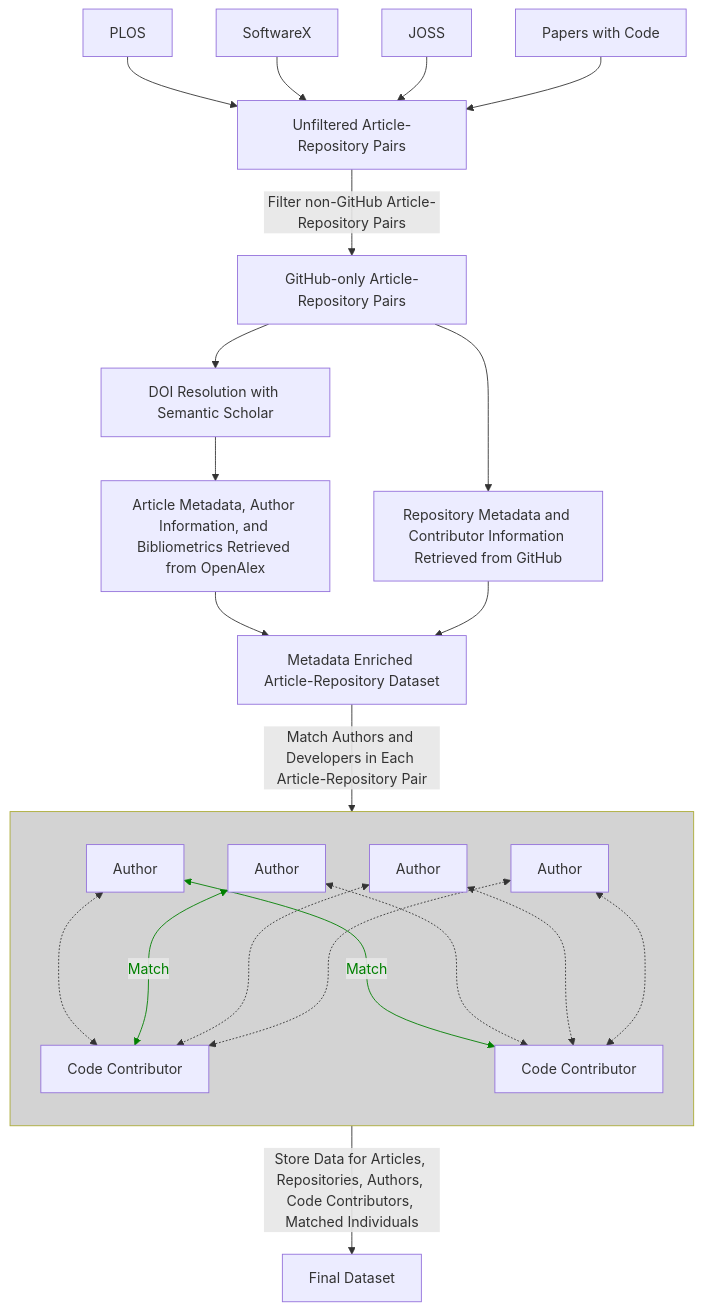
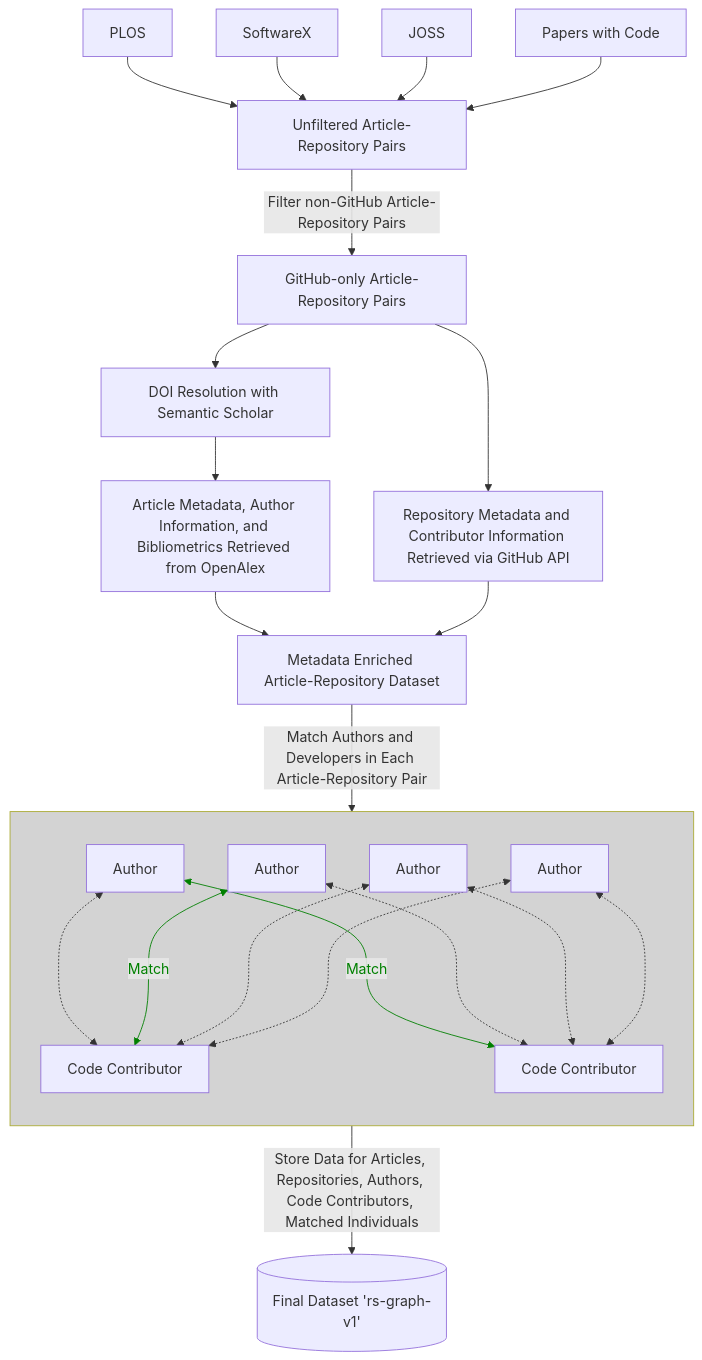
Before and after one commit to evamaxfield/rs-graph: the diagram in publications/qss-code-authors/qss-code-authors.qmd, drawn with Mermaid. The commit also changed other lines of this file, not shown here.

Commit message:
Tried to make the workflow diagram work given Nic's recommendations but just couldnt get it to work so moving on to other things

````diff
--- a/publications/qss-code-authors/qss-code-authors.qmd
+++ b/publications/qss-code-authors/qss-code-authors.qmd
@@ -603,50 +635,50 @@
 ```{mermaid}
 %%| label: fig-workflow-diagram
 %%| fig-cap: Data Gathering and Processing Workflow. We begin by gathering article-repository pairs from PLOS, JOSS, SoftwareX, and Papers with Code, retaining only pairs where the source code repository is hosted on GitHub. For each article-repository pair, we retrieve the DOI for the most recent version of the article via the Semantic Scholar API, then obtain the article's metadata, author information, and bibliometric data from OpenAlex. In parallel, we collect the source code repository's metadata and contributor information using the GitHub API. After retrieving both article and repository information, we apply our trained author-developer matching model across all possible combinations of article authors and repository contributors for each article-repository pair. Finally, we store all retrieved information and the matched author-developer pairs in a SQLite database.
 %%| fig-height: 7
 %%| fig-align: center
 
 flowchart TB
 
 %% sources %%
 plos[PLOS] --> unfiltered[Unfiltered Article-Repository Pairs]
 softwarex[SoftwareX] --> unfiltered
 joss[JOSS] --> unfiltered
 pwc[Papers with Code] --> unfiltered
 
 %% filtering %%
 unfiltered --> |Filter non-GitHub Article-Repository Pairs| dataset[GitHub-only Article-Repository Pairs]
 
 %% article processing %%
 dataset --> s2[DOI Resolution with Semantic Scholar]
 s2 --> openalex[Article Metadata, Author Information, and Bibliometrics Retrieved from OpenAlex]
 
 %% repo processing %%
-dataset --> gh[Repository Metadata and Contributor Information Retrieved from GitHub]
+dataset --> gh-api[Repository Metadata and Contributor Information Retrieved via GitHub API]
 
 %% merge %%
 openalex --> core-dataset[Metadata Enriched Article-Repository Dataset]
-gh --> core-dataset
+gh-api --> core-dataset
 
 %% author-developer matching %%
-subgraph ad-matching[" "]
+subgraph admatching[" "]
     direction TB
 	
 	author1[Author] <-..-> contrib1[Code Contributor]
 	author2[Author] <--> |Match| contrib1
 	author3[Author] <-..-> contrib1
 	author4[Author] <-..-> contrib1
 	author1 <--> |Match| contrib2[Code Contributor]
 	author2 <-..-> contrib2
 	author3 <-..-> contrib2
 	author4 <-..-> contrib2
 	
 	linkStyle 11,14 stroke:green,color:green;
 end
 
-core-dataset --> |Match Authors and Developers in Each Article-Repository Pair| ad-matching
+core-dataset --> |Match Authors and Developers in Each Article-Repository Pair| admatching
 
-ad-matching --> |Store Data for Articles, Repositories, Authors, Code Contributors, Matched Individuals| final-dataset[Final Dataset]
+admatching --> |Store Data for Articles, Repositories, Authors, Code Contributors, Matched Individuals| final-dataset[("Final Dataset 'rs-graph-v1'")]
 
-style ad-matching fill: lightgrey
+style admatching fill: lightgrey
 ```
````
